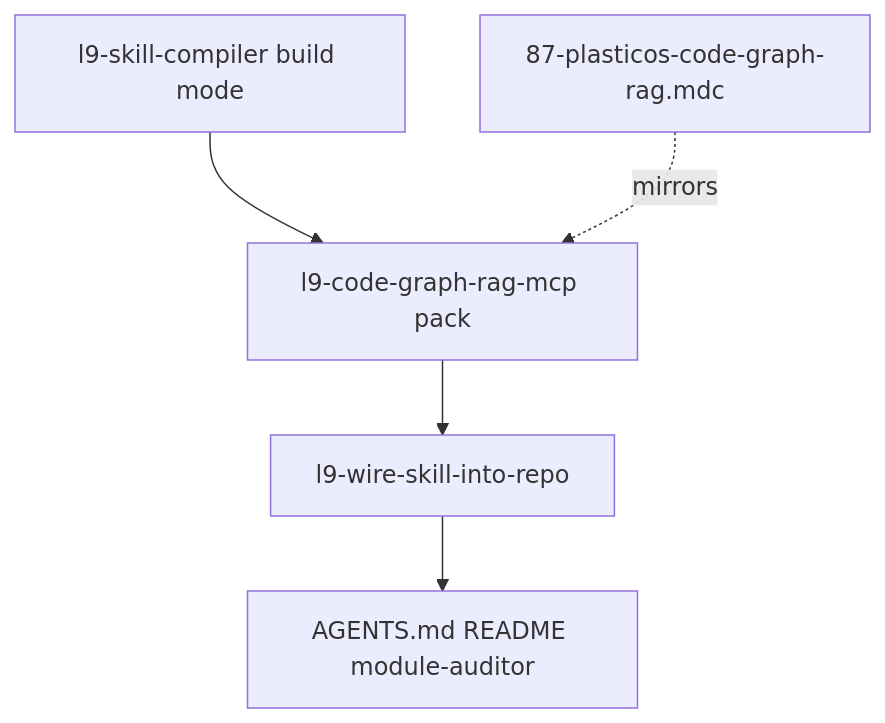
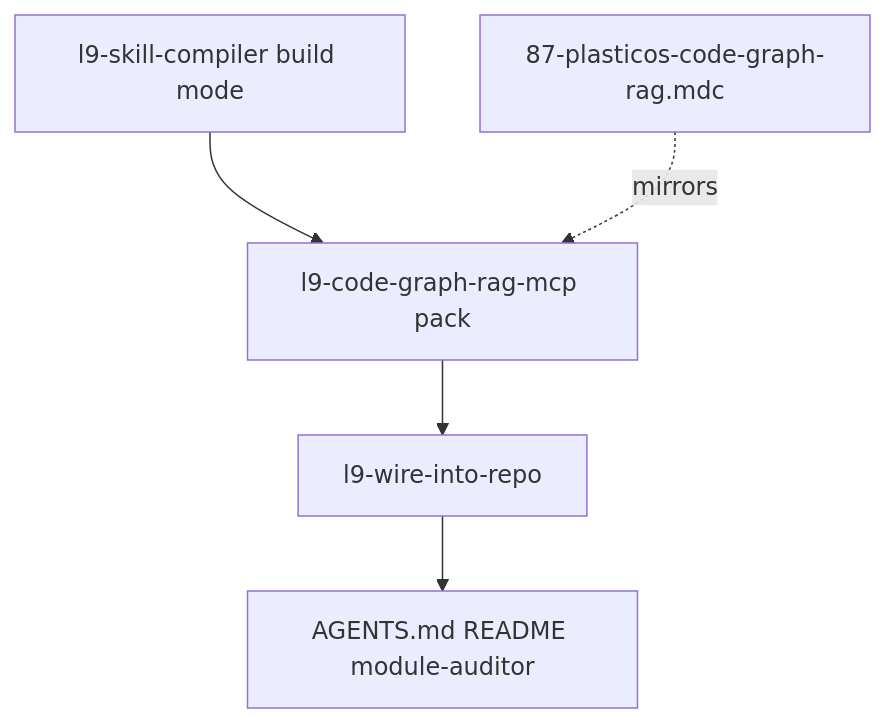
The diagram in docs/plans/pending/code-graph_rule_skill_7aaaacac.plan.md (Quantum-L9/Cursor-Governance), drawn with Mermaid before and after one commit. The commit also changed other lines of this file and 47 other files, not shown here.

First line of the commit message:
unwire(skills): archive superseded l9-wire-skill-into-repo (#624)

````diff
--- a/docs/plans/pending/code-graph_rule_skill_7aaaacac.plan.md
+++ b/docs/plans/pending/code-graph_rule_skill_7aaaacac.plan.md
@@ -40,11 +40,11 @@
 ```mermaid
 flowchart TB
   compiler[l9-skill-compiler build mode]
   pack[l9-code-graph-rag-mcp pack]
   rule[87-plasticos-code-graph-rag.mdc]
-  wire[l9-wire-skill-into-repo]
+  wire[l9-wire-into-repo]
   compiler --> pack
   pack --> wire
   rule -.->|mirrors| pack
   wire --> registries[AGENTS.md README module-auditor]
 ```
````
